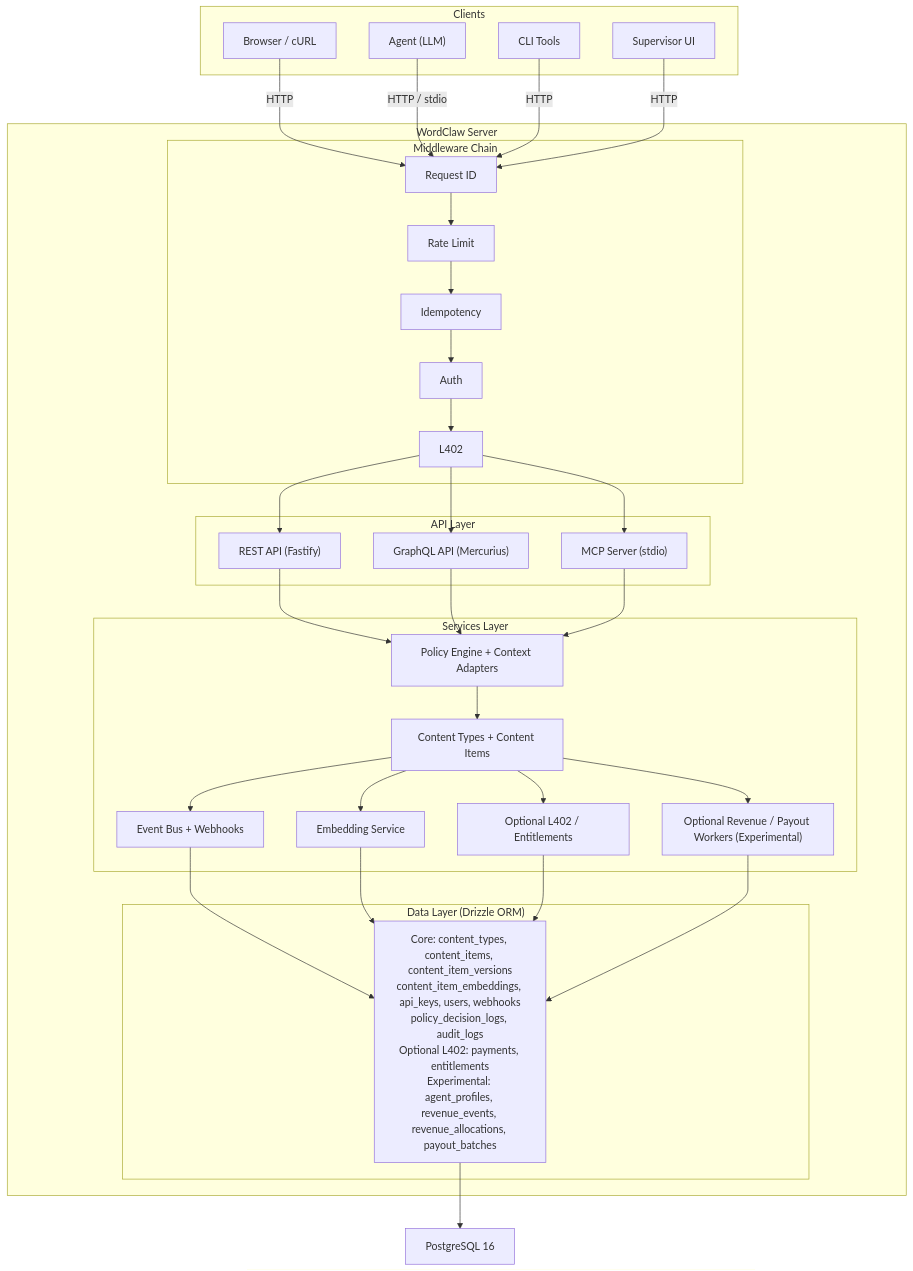
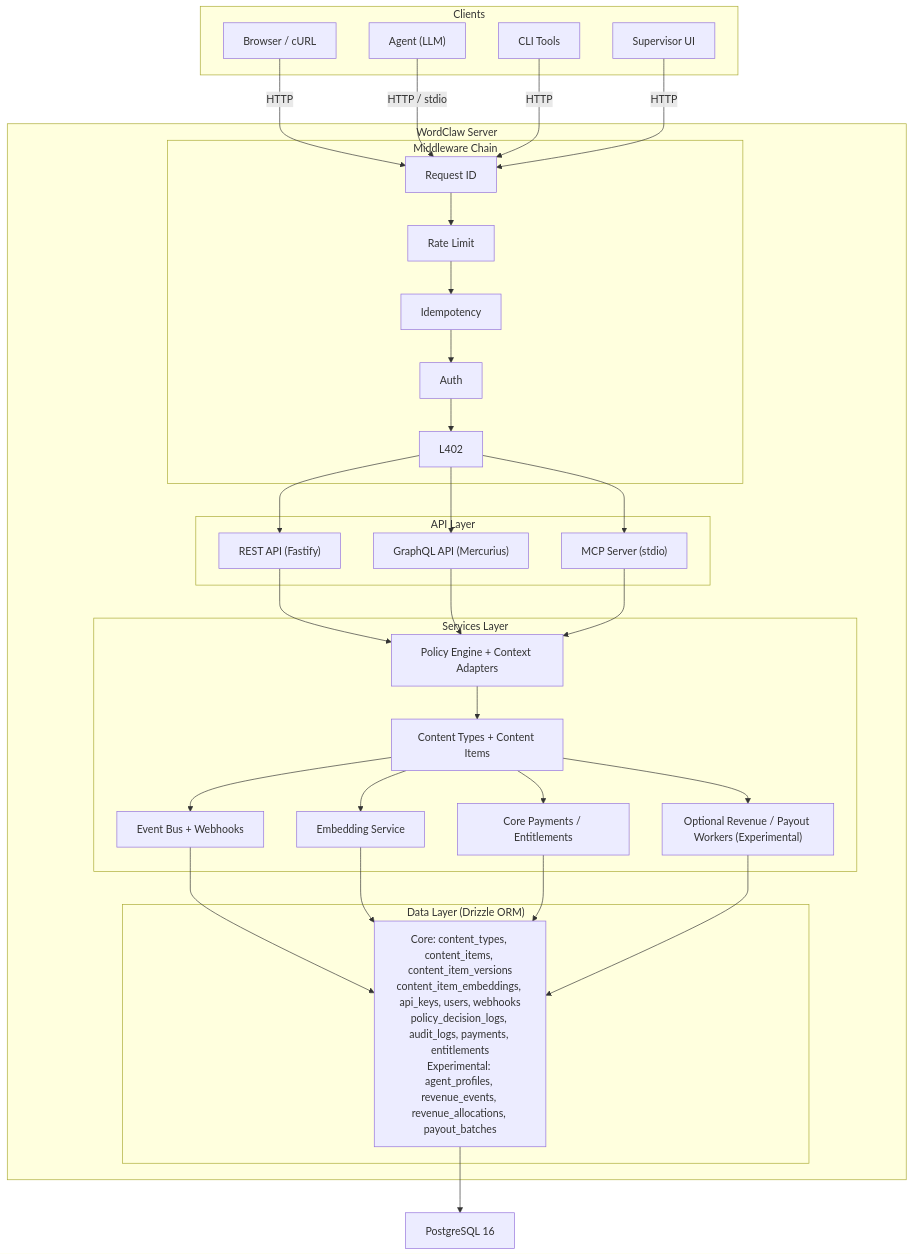
The first of 3 diagrams in doc/reference/architecture.md (dligthart/wordclaw), drawn with Mermaid before and after one commit. The commit also changed other lines of this file and 13 other files, not shown here.

Commit message:
feat: promote payments into core product surface

````diff
--- a/doc/reference/architecture.md
+++ b/doc/reference/architecture.md
@@ -7,56 +7,56 @@
 ```mermaid
 flowchart TB
   subgraph Clients
     Browser["Browser / cURL"]
     Agent["Agent (LLM)"]
     CLI["CLI Tools"]
     Supervisor["Supervisor UI"]
   end
 
   subgraph WordClaw["WordClaw Server"]
     subgraph Middleware["Middleware Chain"]
       RequestId["Request ID"] --> RateLimit["Rate Limit"] --> Idempotency["Idempotency"] --> Auth["Auth"] --> L402["L402"]
     end
 
     subgraph APIs["API Layer"]
       REST["REST API (Fastify)"]
       GraphQL["GraphQL API (Mercurius)"]
       MCP["MCP Server (stdio)"]
     end
 
     subgraph Services["Services Layer"]
       Policy["Policy Engine + Context Adapters"]
       Content["Content Types + Content Items"]
       Events["Event Bus + Webhooks"]
       Embeddings["Embedding Service"]
-      Payments["Optional L402 / Entitlements"]
+      Payments["Core Payments / Entitlements"]
       Revenue["Optional Revenue / Payout Workers (Experimental)"]
     end
 
     subgraph Data["Data Layer (Drizzle ORM)"]
-      Tables["Core: content_types, content_items, content_item_versions<br/>content_item_embeddings, api_keys, users, webhooks<br/>policy_decision_logs, audit_logs<br/>Optional L402: payments, entitlements<br/>Experimental: agent_profiles, revenue_events, revenue_allocations, payout_batches"]
+      Tables["Core: content_types, content_items, content_item_versions<br/>content_item_embeddings, api_keys, users, webhooks<br/>policy_decision_logs, audit_logs, payments, entitlements<br/>Experimental: agent_profiles, revenue_events, revenue_allocations, payout_batches"]
     end
 
     L402 --> REST
     L402 --> GraphQL
     L402 --> MCP
     REST --> Policy
     GraphQL --> Policy
     MCP --> Policy
     Policy --> Content
     Content --> Events
     Content --> Embeddings
     Content --> Payments
     Content --> Revenue
     Events --> Tables
     Embeddings --> Tables
     Payments --> Tables
     Revenue --> Tables
   end
 
   Browser -->|HTTP| RequestId
   Agent -->|HTTP / stdio| RequestId
   CLI -->|HTTP| RequestId
   Supervisor -->|HTTP| RequestId
   Tables --> Postgres["PostgreSQL 16"]
 ```
````
